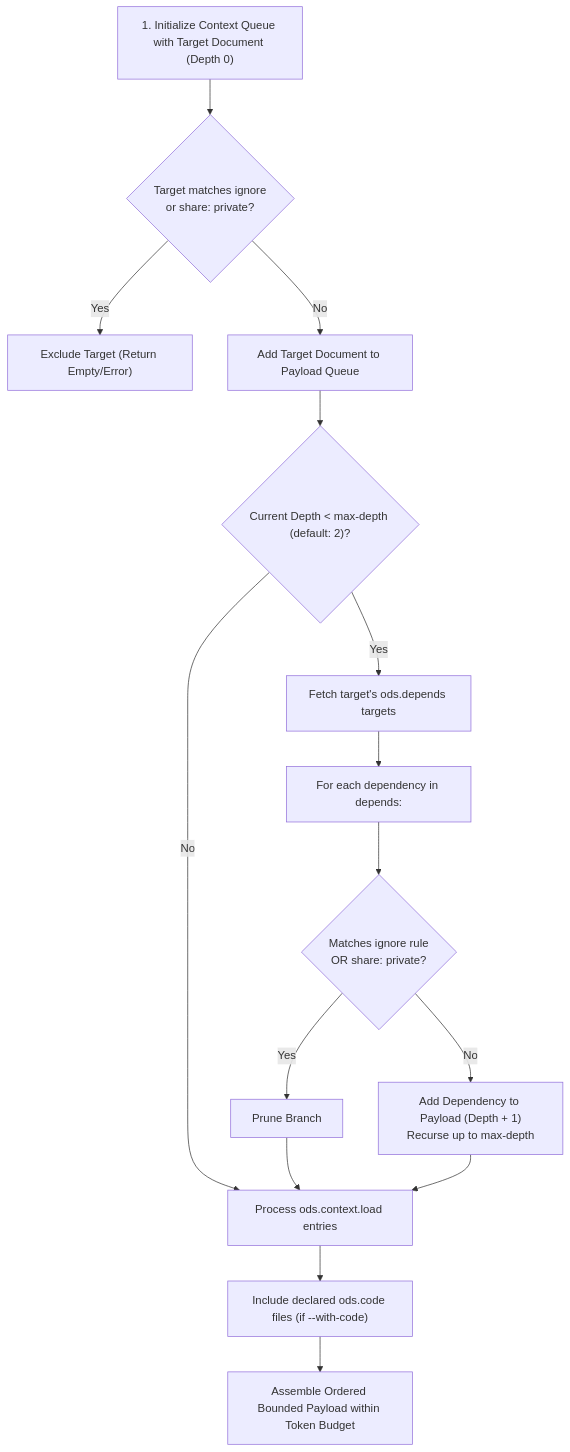
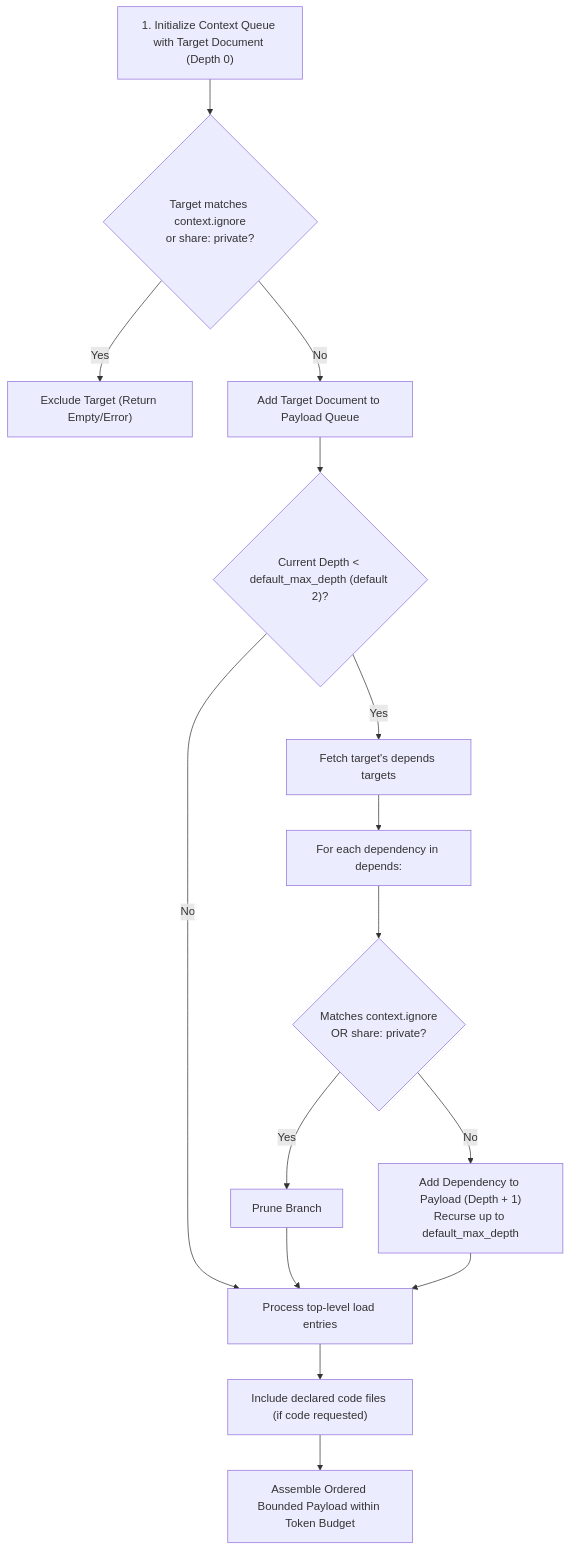
The diagram in specs/ods/context.md (open-doc-spec/opendocify.com), drawn with Mermaid before and after one commit. The commit also changed other lines of this file and 26 other files, not shown here.

````diff
--- a/specs/ods/context.md
+++ b/specs/ods/context.md
@@ -189,19 +202,19 @@
 ```mermaid
 flowchart TD
-    Start["1. Initialize Context Queue with Target Document (Depth 0)"] --> FilterTarget{"Target matches ignore<br>or share: private?"}
+    Start["1. Initialize Context Queue with Target Document (Depth 0)"] --> FilterTarget{"Target matches context.ignore<br>or share: private?"}
     FilterTarget -- Yes --> Abort["Exclude Target (Return Empty/Error)"]
     FilterTarget -- No --> AddTarget["Add Target Document to Payload Queue"]
 
-    AddTarget --> CheckDepth{"Current Depth < max-depth (default: 2)?"}
-    CheckDepth -- Yes --> FetchDepends["Fetch target's ods.depends targets"]
+    AddTarget --> CheckDepth{"Current Depth < default_max_depth (default 2)?"}
+    CheckDepth -- Yes --> FetchDepends["Fetch target's depends targets"]
     FetchDepends --> LoopDepends["For each dependency in depends:"]
-    LoopDepends --> FilterDep{"Matches ignore rule<br>OR share: private?"}
+    LoopDepends --> FilterDep{"Matches context.ignore<br>OR share: private?"}
     FilterDep -- Yes --> SkipDep["Prune Branch"]
-    FilterDep -- No --> EnqueueDep["Add Dependency to Payload (Depth + 1)<br>Recurse up to max-depth"]
-    CheckDepth -- No --> LoadAux["Process ods.context.load entries"]
+    FilterDep -- No --> EnqueueDep["Add Dependency to Payload (Depth + 1)<br>Recurse up to default_max_depth"]
+    CheckDepth -- No --> LoadAux["Process top-level load entries"]
 
     SkipDep --> LoadAux
     EnqueueDep --> LoadAux
-    LoadAux --> InjectCode["Include declared ods.code files (if --with-code)"]
+    LoadAux --> InjectCode["Include declared code files (if code requested)"]
     InjectCode --> Finalize["Assemble Ordered Bounded Payload within Token Budget"]
 ```
````
